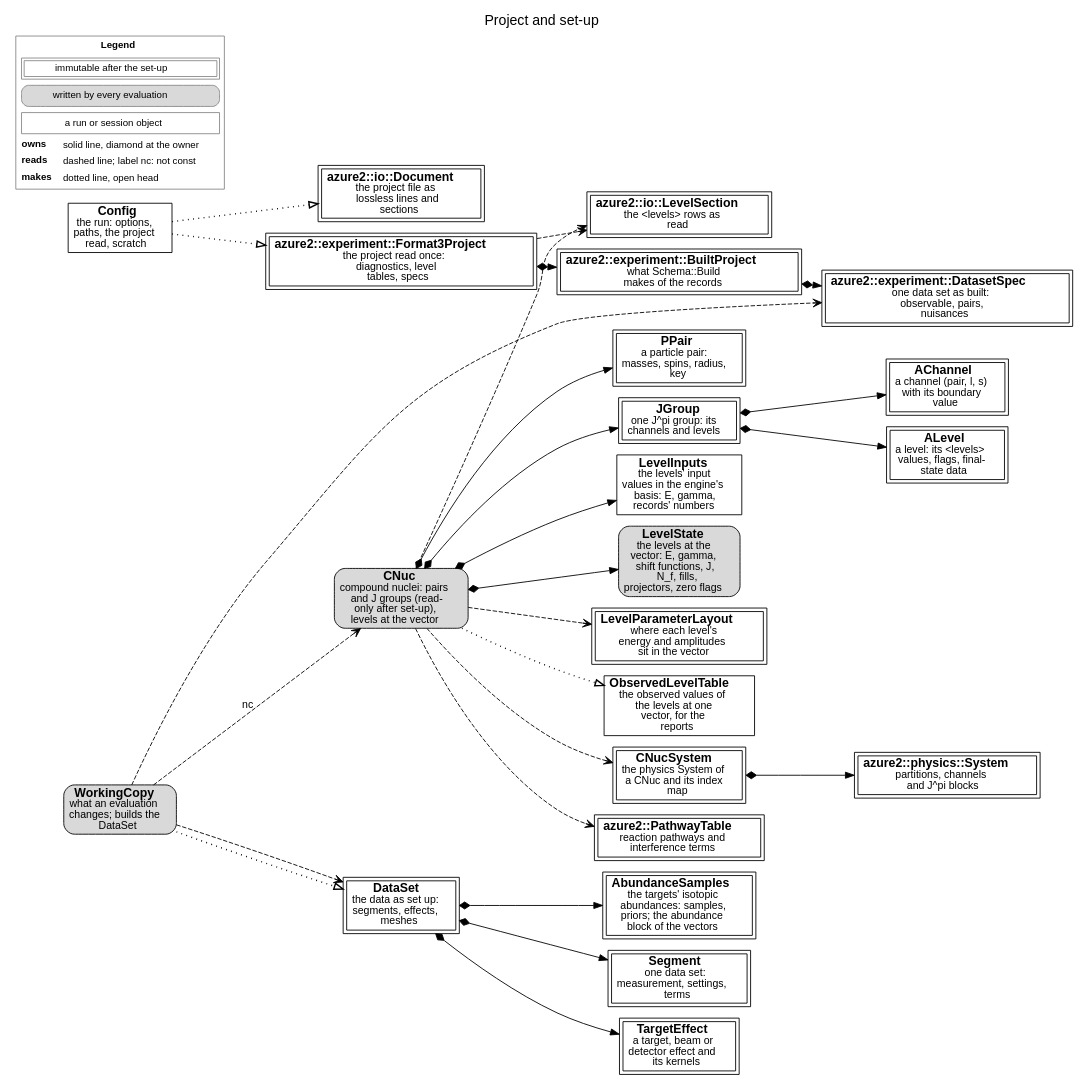
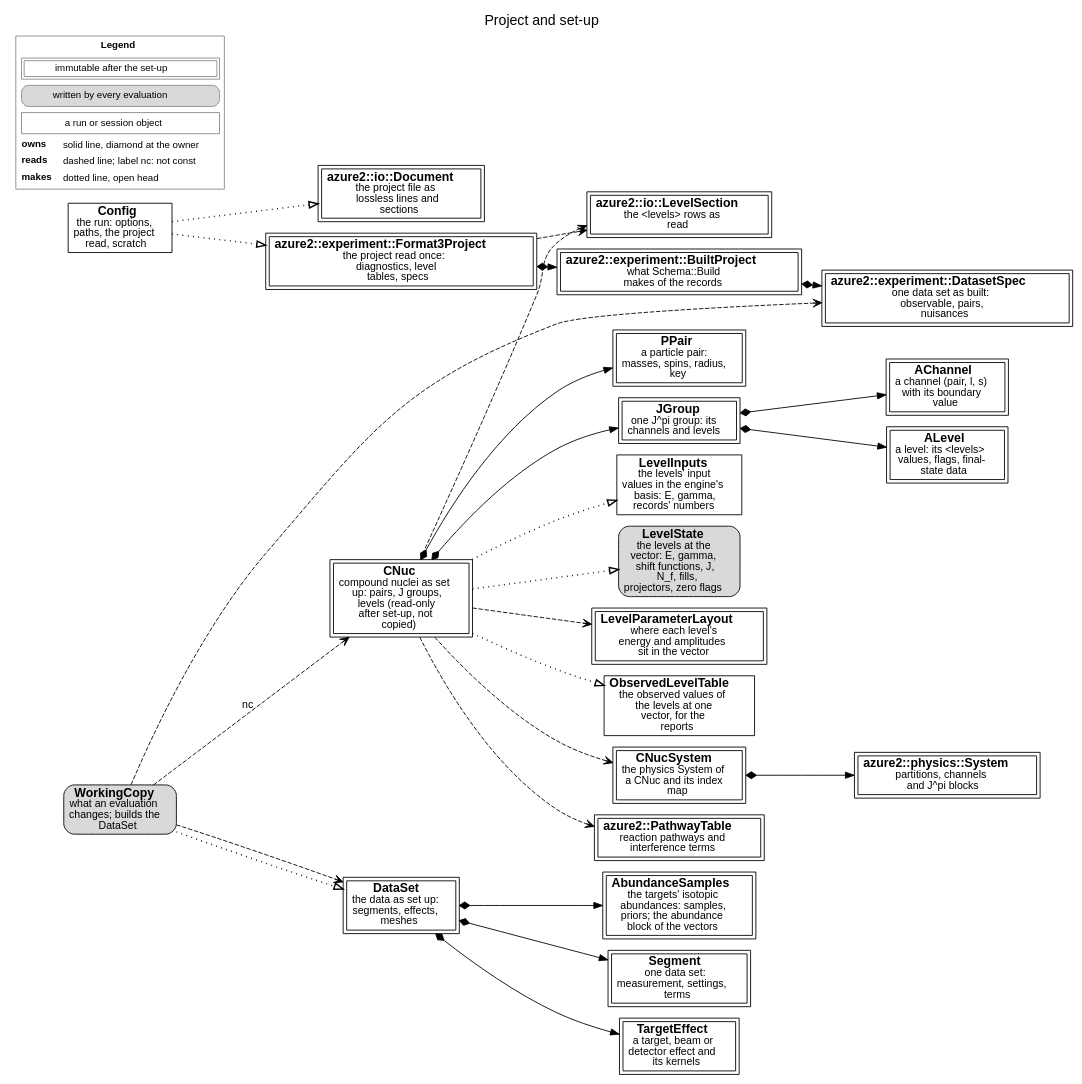
The diagram in docs/source/developer/figures/setup.dot (AZURE2DEV/AZURE2), drawn with Graphviz before and after one commit. The commit also changed 16 other files, not shown here.

First line of the commit message:
Documents: the owners hold their own levels (design note, Developer Guide, class scheme, roadmap, handoff)

```diff
--- a/docs/source/developer/figures/setup.dot
+++ b/docs/source/developer/figures/setup.dot
@@ -1,53 +1,53 @@
 digraph setup {
   graph [rankdir=LR, fontname="Helvetica", fontsize=16, labelloc=t, label="Project and set-up", nodesep=0.18, ranksep=0.3, newrank=true];
   node [fontname="Helvetica", fontsize=14, margin="0.08,0.04"];
   edge [fontname="Helvetica", fontsize=12];
   n_azure2__io__Document [label=<<b>azure2::io::Document</b><br/><font point-size="12">the project file as<br/>lossless lines and<br/>sections</font>>, shape=box, peripheries=2, style="filled", fillcolor="white"];
   n_azure2__io__LevelSection [label=<<b>azure2::io::LevelSection</b><br/><font point-size="12">the &lt;levels&gt; rows as<br/>read</font>>, shape=box, peripheries=2, style="filled", fillcolor="white"];
   n_azure2__experiment__Format3Project [label=<<b>azure2::experiment::Format3Project</b><br/><font point-size="12">the project read once:<br/>diagnostics, level<br/>tables, specs</font>>, shape=box, peripheries=2, style="filled", fillcolor="white"];
   n_azure2__experiment__BuiltProject [label=<<b>azure2::experiment::BuiltProject</b><br/><font point-size="12">what Schema::Build<br/>makes of the records</font>>, shape=box, peripheries=2, style="filled", fillcolor="white"];
   n_azure2__experiment__DatasetSpec [label=<<b>azure2::experiment::DatasetSpec</b><br/><font point-size="12">one data set as built:<br/>observable, pairs,<br/>nuisances</font>>, shape=box, peripheries=2, style="filled", fillcolor="white"];
   n_Config [label=<<b>Config</b><br/><font point-size="12">the run: options,<br/>paths, the project<br/>read, scratch</font>>, shape=box, style="filled", fillcolor="white"];
-  n_CNuc [label=<<b>CNuc</b><br/><font point-size="12">compound nuclei: pairs<br/>and J groups (read-<br/>only after set-up),<br/>levels at the vector</font>>, shape=box, style="rounded,filled", fillcolor="#d9d9d9"];
+  n_CNuc [label=<<b>CNuc</b><br/><font point-size="12">compound nuclei as set<br/>up: pairs, J groups,<br/>levels (read-only<br/>after set-up, not<br/>copied)</font>>, shape=box, peripheries=2, style="filled", fillcolor="white"];
   n_PPair [label=<<b>PPair</b><br/><font point-size="12">a particle pair:<br/>masses, spins, radius,<br/>key</font>>, shape=box, peripheries=2, style="filled", fillcolor="white"];
   n_JGroup [label=<<b>JGroup</b><br/><font point-size="12">one J^pi group: its<br/>channels and levels</font>>, shape=box, peripheries=2, style="filled", fillcolor="white"];
   n_AChannel [label=<<b>AChannel</b><br/><font point-size="12">a channel (pair, l, s)<br/>with its boundary<br/>value</font>>, shape=box, peripheries=2, style="filled", fillcolor="white"];
   n_ALevel [label=<<b>ALevel</b><br/><font point-size="12">a level: its &lt;levels&gt;<br/>values, flags, final-<br/>state data</font>>, shape=box, peripheries=2, style="filled", fillcolor="white"];
   n_LevelInputs [label=<<b>LevelInputs</b><br/><font point-size="12">the levels&#x27; input<br/>values in the engine&#x27;s<br/>basis: E, gamma,<br/>records&#x27; numbers</font>>, shape=box, style="filled", fillcolor="white"];
   n_LevelState [label=<<b>LevelState</b><br/><font point-size="12">the levels at the<br/>vector: E, gamma,<br/>shift functions, J,<br/>N_f, fills,<br/>projectors, zero flags</font>>, shape=box, style="rounded,filled", fillcolor="#d9d9d9"];
   n_LevelParameterLayout [label=<<b>LevelParameterLayout</b><br/><font point-size="12">where each level&#x27;s<br/>energy and amplitudes<br/>sit in the vector</font>>, shape=box, peripheries=2, style="filled", fillcolor="white"];
   n_ObservedLevelTable [label=<<b>ObservedLevelTable</b><br/><font point-size="12">the observed values of<br/>the levels at one<br/>vector, for the<br/>reports</font>>, shape=box, style="filled", fillcolor="white"];
   n_CNucSystem [label=<<b>CNucSystem</b><br/><font point-size="12">the physics System of<br/>a CNuc and its index<br/>map</font>>, shape=box, peripheries=2, style="filled", fillcolor="white"];
   n_azure2__physics__System [label=<<b>azure2::physics::System</b><br/><font point-size="12">partitions, channels<br/>and J^pi blocks</font>>, shape=box, peripheries=2, style="filled", fillcolor="white"];
   n_azure2__PathwayTable [label=<<b>azure2::PathwayTable</b><br/><font point-size="12">reaction pathways and<br/>interference terms</font>>, shape=box, peripheries=2, style="filled", fillcolor="white"];
   n_DataSet [label=<<b>DataSet</b><br/><font point-size="12">the data as set up:<br/>segments, effects,<br/>meshes</font>>, shape=box, peripheries=2, style="filled", fillcolor="white"];
   n_AbundanceSamples [label=<<b>AbundanceSamples</b><br/><font point-size="12">the targets&#x27; isotopic<br/>abundances: samples,<br/>priors; the abundance<br/>block of the vectors</font>>, shape=box, peripheries=2, style="filled", fillcolor="white"];
   n_Segment [label=<<b>Segment</b><br/><font point-size="12">one data set:<br/>measurement, settings,<br/>terms</font>>, shape=box, peripheries=2, style="filled", fillcolor="white"];
   n_TargetEffect [label=<<b>TargetEffect</b><br/><font point-size="12">a target, beam or<br/>detector effect and<br/>its kernels</font>>, shape=box, peripheries=2, style="filled", fillcolor="white"];
   n_WorkingCopy [label=<<b>WorkingCopy</b><br/><font point-size="12">what an evaluation<br/>changes; builds the<br/>DataSet</font>>, shape=box, style="rounded,filled", fillcolor="#d9d9d9"];
   n_Config -> n_azure2__io__Document [style=dotted, penwidth=1.6, arrowhead=empty];
   n_Config -> n_azure2__experiment__Format3Project [style=dotted, penwidth=1.6, arrowhead=empty];
   n_azure2__experiment__Format3Project -> n_azure2__io__LevelSection [style=dashed, arrowhead=vee];
   n_azure2__experiment__Format3Project -> n_azure2__experiment__BuiltProject [style=solid, dir=both, arrowtail=diamond, arrowhead=normal];
   n_azure2__experiment__BuiltProject -> n_azure2__experiment__DatasetSpec [style=solid, dir=both, arrowtail=diamond, arrowhead=normal];
   n_CNuc -> n_azure2__io__LevelSection [style=dashed, arrowhead=vee];
   n_CNuc -> n_PPair [style=solid, dir=both, arrowtail=diamond, arrowhead=normal];
   n_CNuc -> n_JGroup [style=solid, dir=both, arrowtail=diamond, arrowhead=normal];
   n_JGroup -> n_AChannel [style=solid, dir=both, arrowtail=diamond, arrowhead=normal];
   n_JGroup -> n_ALevel [style=solid, dir=both, arrowtail=diamond, arrowhead=normal];
-  n_CNuc -> n_LevelState [style=solid, dir=both, arrowtail=diamond, arrowhead=normal];
-  n_CNuc -> n_LevelInputs [style=solid, dir=both, arrowtail=diamond, arrowhead=normal];
+  n_CNuc -> n_LevelState [style=dotted, penwidth=1.6, arrowhead=empty];
+  n_CNuc -> n_LevelInputs [style=dotted, penwidth=1.6, arrowhead=empty];
   n_CNuc -> n_LevelParameterLayout [style=dashed, arrowhead=vee];
   n_CNuc -> n_ObservedLevelTable [style=dotted, penwidth=1.6, arrowhead=empty];
   n_CNuc -> n_CNucSystem [style=dashed, arrowhead=vee];
   n_CNucSystem -> n_azure2__physics__System [style=solid, dir=both, arrowtail=diamond, arrowhead=normal];
   n_CNuc -> n_azure2__PathwayTable [style=dashed, arrowhead=vee];
   n_WorkingCopy -> n_azure2__experiment__DatasetSpec [style=dashed, arrowhead=vee];
   n_WorkingCopy -> n_CNuc [style=dashed, arrowhead=vee, label=" nc"];
   n_WorkingCopy -> n_DataSet [style=dotted, penwidth=1.6, arrowhead=empty];
   n_WorkingCopy -> n_DataSet [style=dashed, arrowhead=vee];
   n_DataSet -> n_Segment [style=solid, dir=both, arrowtail=diamond, arrowhead=normal];
   n_DataSet -> n_TargetEffect [style=solid, dir=both, arrowtail=diamond, arrowhead=normal];
   n_DataSet -> n_AbundanceSamples [style=solid, dir=both, arrowtail=diamond, arrowhead=normal];
   legend [shape=plaintext, fontsize=11, label=<<TABLE BORDER="1" CELLBORDER="0" CELLSPACING="3" COLOR="#888888"><TR><TD COLSPAN="2"><B>Legend</B></TD></TR><TR><TD COLSPAN="2"><TABLE BORDER="1" CELLBORDER="1" CELLSPACING="2" CELLPADDING="2"><TR><TD>immutable after the set-up</TD></TR></TABLE></TD></TR><TR><TD COLSPAN="2"><TABLE BORDER="1" CELLBORDER="0" CELLPADDING="3" STYLE="rounded" BGCOLOR="#d9d9d9"><TR><TD>written by every evaluation</TD></TR></TABLE></TD></TR><TR><TD COLSPAN="2"><TABLE BORDER="1" CELLBORDER="0" CELLPADDING="3" ><TR><TD>a run or session object</TD></TR></TABLE></TD></TR><TR><TD ALIGN="LEFT"><B>owns</B></TD><TD ALIGN="LEFT">solid line, diamond at the owner</TD></TR><TR><TD ALIGN="LEFT"><B>reads</B></TD><TD ALIGN="LEFT">dashed line; label nc: not const</TD></TR><TR><TD ALIGN="LEFT"><B>makes</B></TD><TD ALIGN="LEFT">dotted line, open head</TD></TR></TABLE>>];
 }
```
